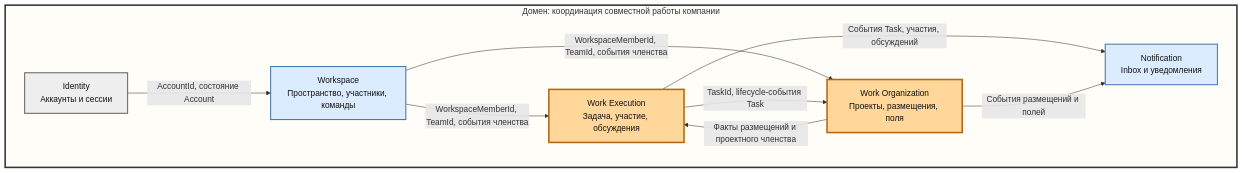
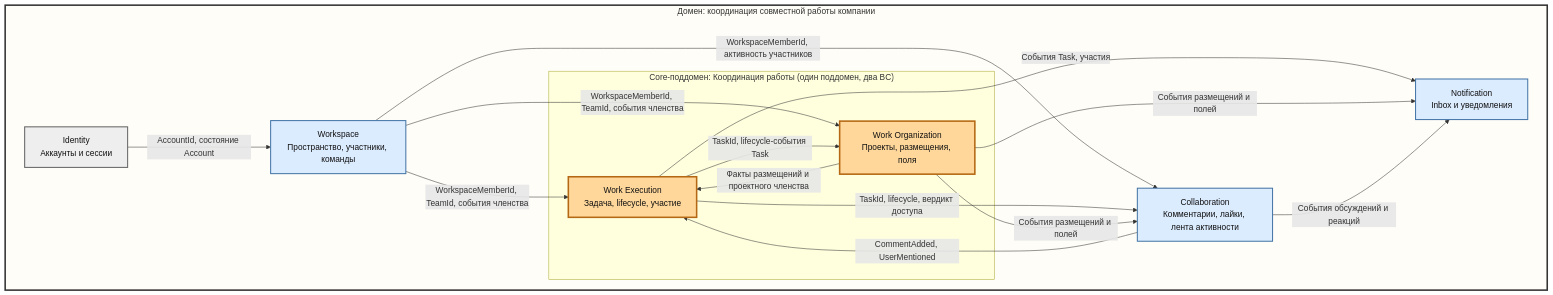
One commit to alxdrsmirnov/task-tracker-backend changed the first of 2 diagrams in docs/domain-model.md. Above: the diagram before and after it, drawn with Mermaid. The commit also changed other lines of this file and 9 other files, not shown here.

````diff
--- a/docs/domain-model.md
+++ b/docs/domain-model.md
@@ -234,23 +281,32 @@
 ```mermaid
 flowchart TB
     subgraph DOMAIN["Домен: координация совместной работы компании"]
         IDENTITY["Identity<br/>Аккаунты и сессии"]:::generic
         WORKSPACE["Workspace<br/>Пространство, участники, команды"]:::supporting
-        EXECUTION["Work Execution<br/>Задача, участие, обсуждения"]:::core
-        ORGANIZATION["Work Organization<br/>Проекты, размещения, поля"]:::core
         NOTIFICATION["Notification<br/>Inbox и уведомления"]:::supporting
+        COLLABORATION["Collaboration<br/>Комментарии, лайки, лента активности"]:::supporting
+
+        subgraph CORE["Core-поддомен: Координация работы (один поддомен, два BC)"]
+            EXECUTION["Work Execution<br/>Задача, lifecycle, участие"]:::core
+            ORGANIZATION["Work Organization<br/>Проекты, размещения, поля"]:::core
+        end
 
         IDENTITY -->|"AccountId, состояние Account"| WORKSPACE
         WORKSPACE -->|"WorkspaceMemberId, TeamId, события членства"| EXECUTION
         WORKSPACE -->|"WorkspaceMemberId, TeamId, события членства"| ORGANIZATION
+        WORKSPACE -->|"WorkspaceMemberId, активность участников"| COLLABORATION
         EXECUTION -->|"TaskId, lifecycle-события Task"| ORGANIZATION
         ORGANIZATION -->|"Факты размещений и проектного членства"| EXECUTION
-        EXECUTION -->|"События Task, участия, обсуждений"| NOTIFICATION
+        EXECUTION -->|"TaskId, lifecycle, вердикт доступа"| COLLABORATION
+        ORGANIZATION -->|"События размещений и полей"| COLLABORATION
+        COLLABORATION -->|"CommentAdded, UserMentioned"| EXECUTION
+        EXECUTION -->|"События Task, участия"| NOTIFICATION
         ORGANIZATION -->|"События размещений и полей"| NOTIFICATION
+        COLLABORATION -->|"События обсуждений и реакций"| NOTIFICATION
     end
 
     classDef core fill:#ffd79a,stroke:#b56813,stroke-width:3px,color:#111
     classDef supporting fill:#dcecff,stroke:#4677a8,stroke-width:2px,color:#111
     classDef generic fill:#eeeeee,stroke:#666,stroke-width:2px,color:#111
     style DOMAIN fill:#fffdf7,stroke:#333,stroke-width:3px
 ```
````
